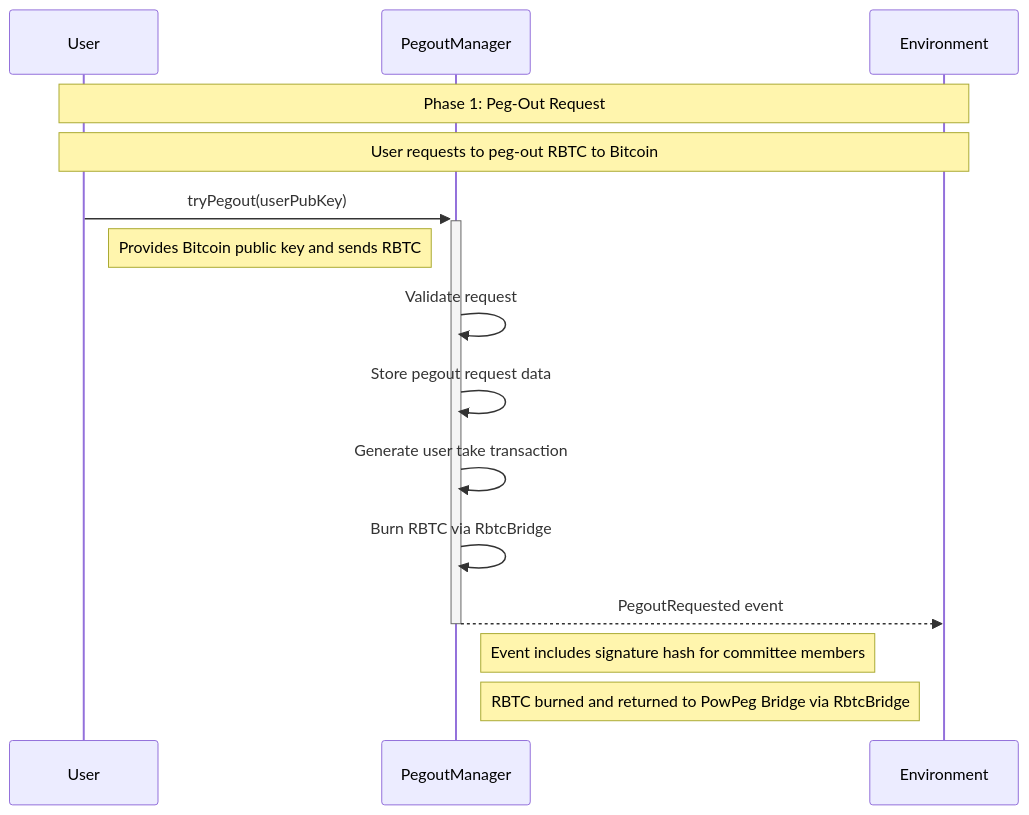
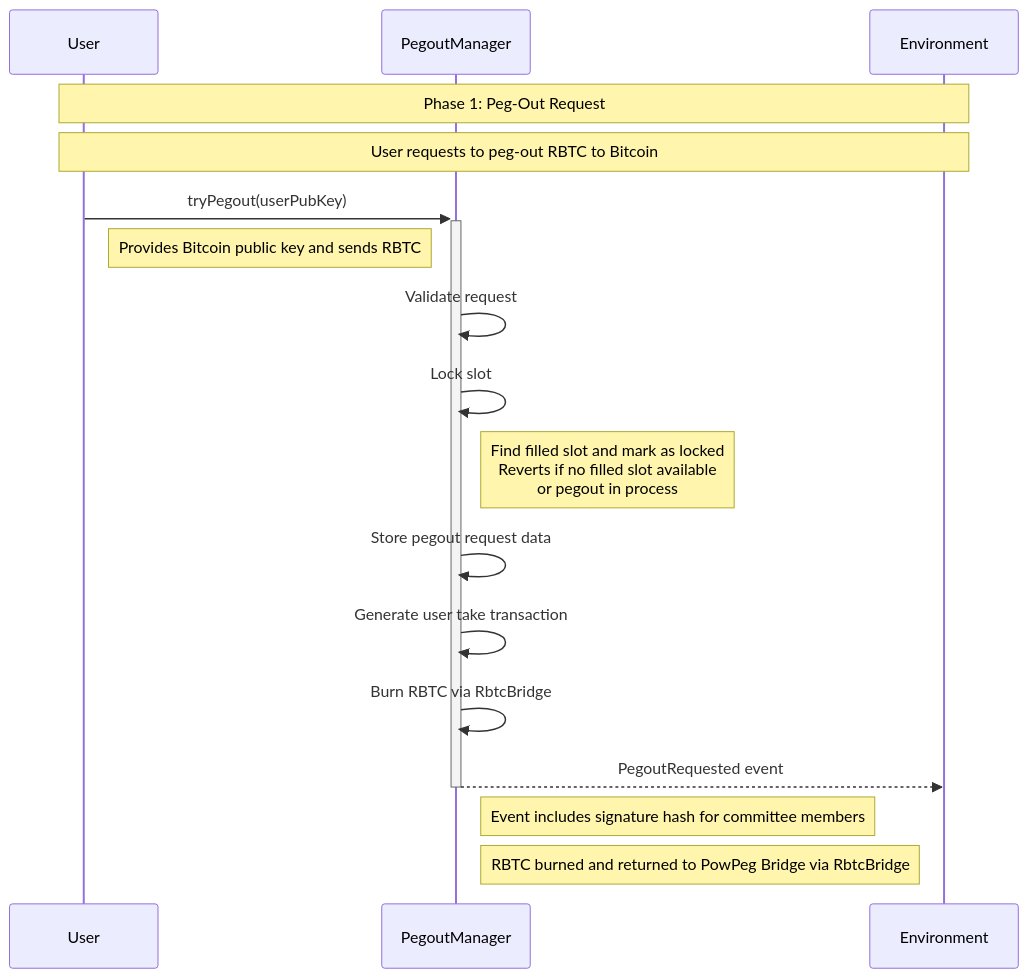
One commit to rsksmart/union-bridge-contracts changed the eighth of 12 diagrams in README.md. Above: the diagram before and after it, drawn with Mermaid. The commit also changed other lines of this file and 7 other files, not shown here.

Commit message:
Only one pegout at a time per packet. It's aligned with the assumption that pegouts will be processed sequentially per stream, due to members only block collateral enough to protect just one slot amount at the same time.

````diff
--- a/README.md
+++ b/README.md
@@ -565,19 +566,21 @@
 ```mermaid
 sequenceDiagram
     participant U as User
     participant POM as PegoutManager
     participant ENV as Environment
 
     Note over U,ENV: Phase 1: Peg-Out Request
     Note over U,ENV: User requests to peg-out RBTC to Bitcoin
 
     U->>+POM: tryPegout(userPubKey)
     Note right of U: Provides Bitcoin public key and sends RBTC
     POM->>POM: Validate request
+    POM->>POM: Lock slot
+    Note right of POM: Find filled slot and mark as locked<br/>Reverts if no filled slot available<br/>or pegout in process
     POM->>POM: Store pegout request data
     POM->>POM: Generate user take transaction
     POM->>POM: Burn RBTC via RbtcBridge
     POM-->>-ENV: PegoutRequested event
     Note right of POM: Event includes signature hash for committee members
     Note right of POM: RBTC burned and returned to PowPeg Bridge via RbtcBridge
 ```
````
